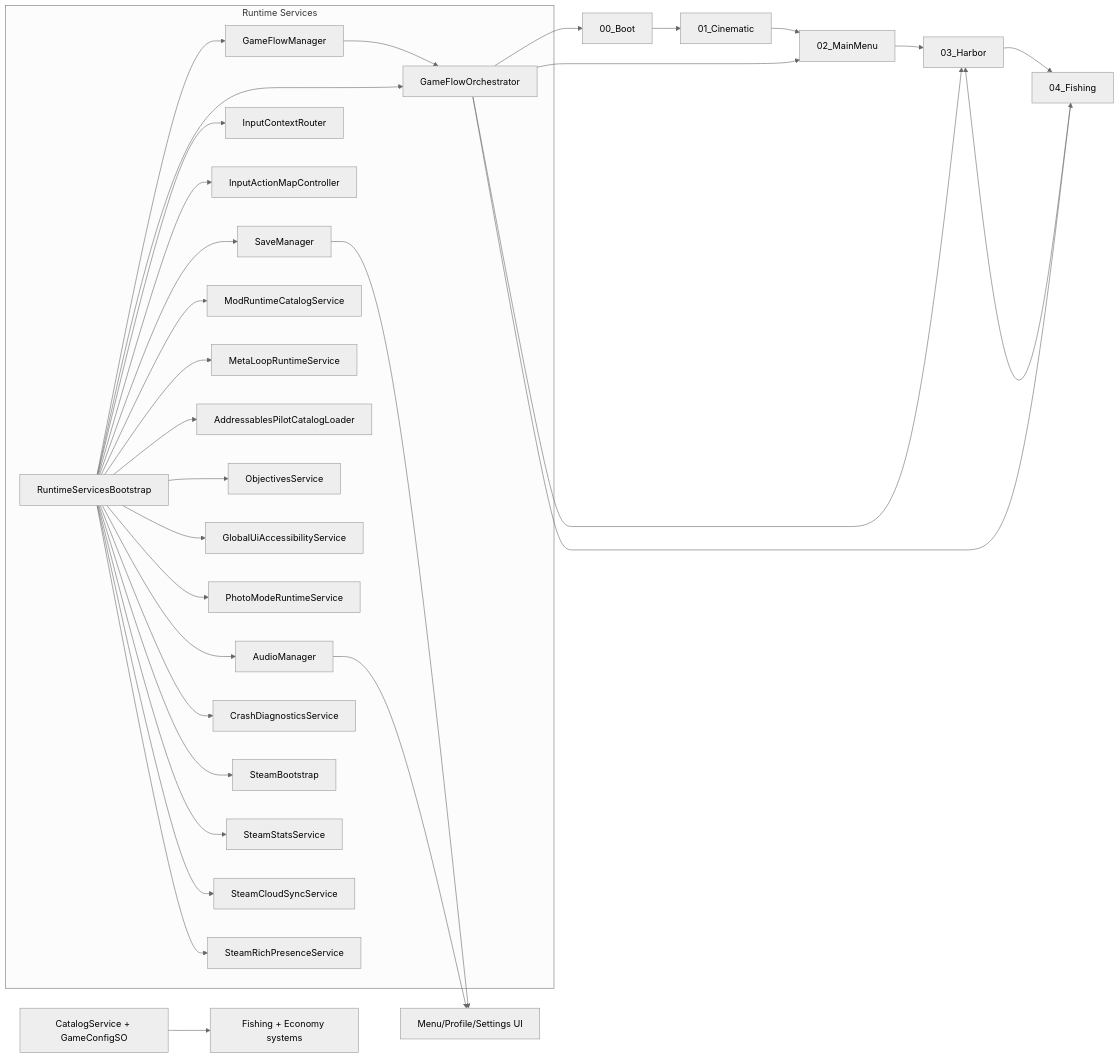
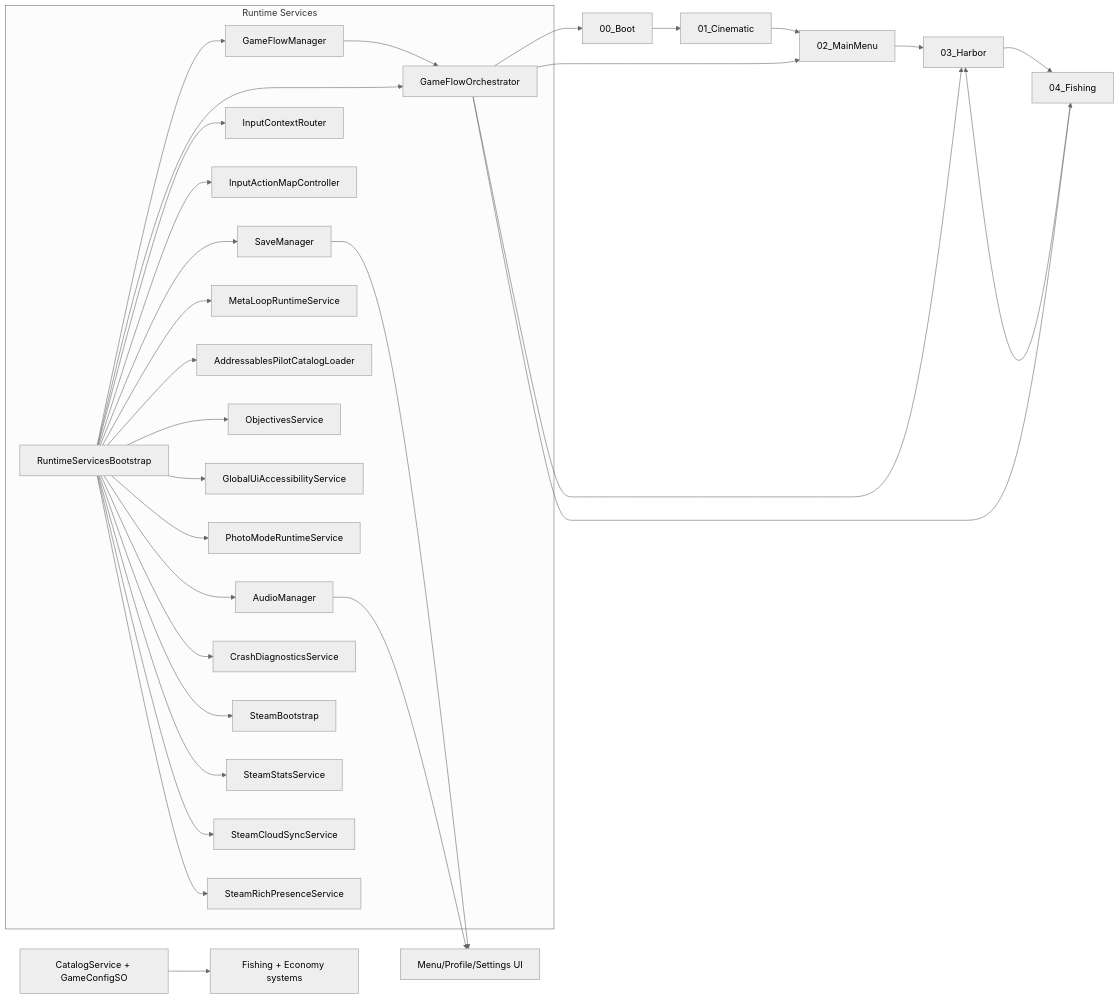
One commit to raven-dev-ops/Unity_Fishing_Steam_Game changed the diagram in docs/ARCHITECTURE.md. Above: the diagram before and after it, drawn with Mermaid (neutral theme). The commit also changed other lines of this file and 42 other files, not shown here.

Commit message:
Remove modding stack and finalize standalone architecture

````diff
--- a/docs/ARCHITECTURE.md
+++ b/docs/ARCHITECTURE.md
@@ -3,57 +3,55 @@
 ```mermaid
 flowchart LR
   Boot[00_Boot] --> Cinematic[01_Cinematic]
   Cinematic --> MainMenu[02_MainMenu]
   MainMenu --> Harbor[03_Harbor]
   Harbor --> Fishing[04_Fishing]
   Fishing --> Harbor
 
   subgraph Runtime Services
     GS[RuntimeServicesBootstrap]
     GFM[GameFlowManager]
     GFO[GameFlowOrchestrator]
     ICR[InputContextRouter]
     IAMC[InputActionMapController]
     SM[SaveManager]
-    MRS[ModRuntimeCatalogService]
     MLS[MetaLoopRuntimeService]
     APL[AddressablesPilotCatalogLoader]
     OBJ[ObjectivesService]
     UAS[GlobalUiAccessibilityService]
     PMS[PhotoModeRuntimeService]
     AM[AudioManager]
     CR[CrashDiagnosticsService]
     ST[SteamBootstrap]
     SS[SteamStatsService]
     SC[SteamCloudSyncService]
     SR[SteamRichPresenceService]
   end
 
   GS --> GFM
   GS --> GFO
   GS --> ICR
   GS --> IAMC
   GS --> SM
-  GS --> MRS
   GS --> MLS
   GS --> APL
   GS --> OBJ
   GS --> UAS
   GS --> PMS
   GS --> AM
   GS --> CR
   GS --> ST
   GS --> SS
   GS --> SC
   GS --> SR
 
   GFM --> GFO
   GFO --> Boot
   GFO --> MainMenu
   GFO --> Harbor
   GFO --> Fishing
 
   Catalog[CatalogService + GameConfigSO] --> FishingSystems[Fishing + Economy systems]
   SM --> UISystems[Menu/Profile/Settings UI]
   AM --> UISystems
 ```
````
